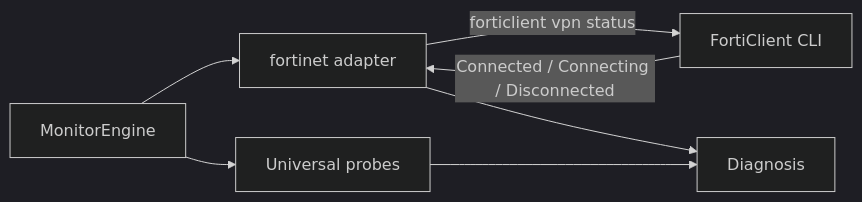
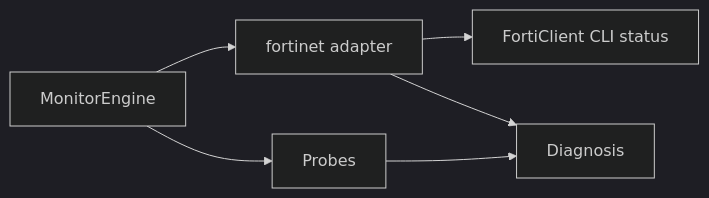
Before and after one commit to roto31/Tunnel-Monitor---Universal: the fourth of 4 diagrams in docs/vpn-solutions/fortinet-forticlient.md, drawn with Mermaid (dark theme). The commit also changed other lines of this file and 22 other files, not shown here.

````diff
--- a/docs/vpn-solutions/fortinet-forticlient.md
+++ b/docs/vpn-solutions/fortinet-forticlient.md
@@ -74,9 +60,8 @@
 ```mermaid
 flowchart LR
     E[MonitorEngine] --> A[fortinet adapter]
-    A -->|forticlient vpn status| CLI[FortiClient CLI]
-    CLI -->|Connected / Connecting / Disconnected| A
-    E --> P[Universal probes]
+    A --> CLI[FortiClient CLI status]
+    E --> P[Probes]
     A --> D[Diagnosis]
     P --> D
 ```
````
